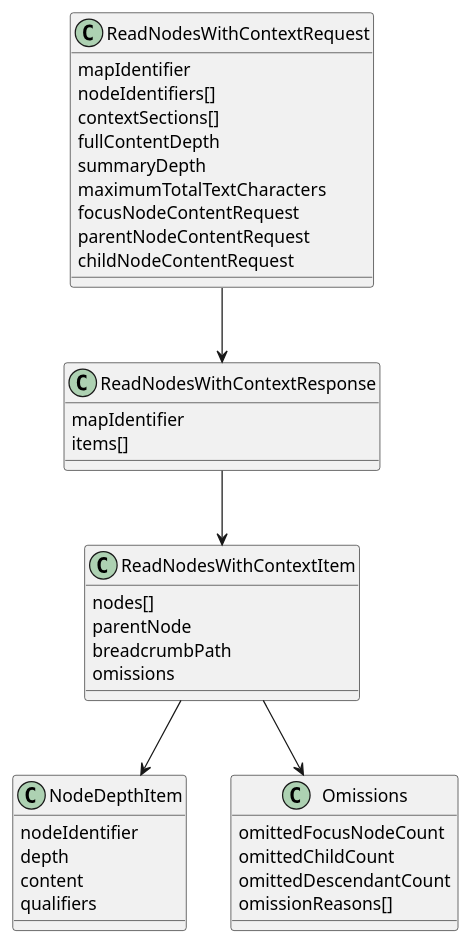
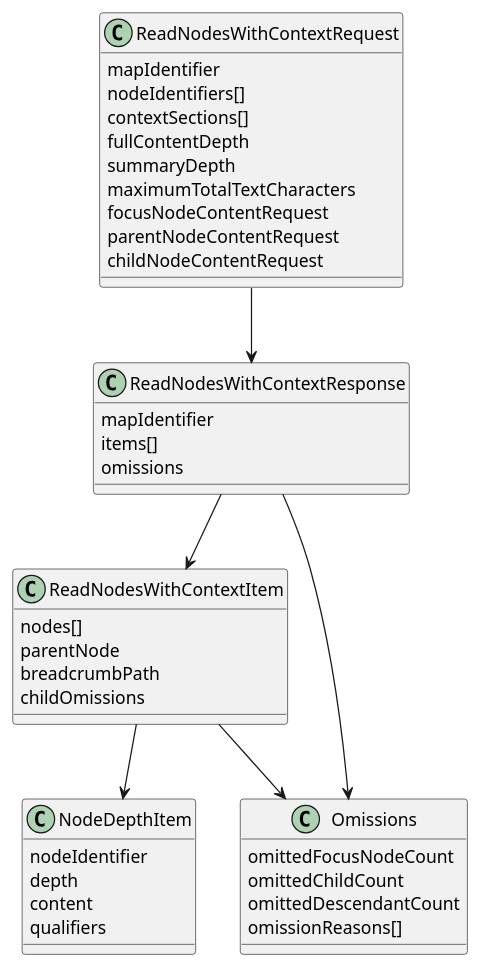
Diagram 11 of 13 in freeplane_plugin_ai/specs/sprints/sprint-002.md (guoranjun2/nexordia), drawn with PlantUML before and after one commit. The commit also changed other lines of this file and 15 other files, not shown here.

````diff
--- a/freeplane_plugin_ai/specs/sprints/sprint-002.md
+++ b/freeplane_plugin_ai/specs/sprints/sprint-002.md
@@ -425,42 +427,44 @@
 ```plantuml
 @startuml
 class ReadNodesWithContextRequest {
   mapIdentifier
   nodeIdentifiers[]
   contextSections[]
   fullContentDepth
   summaryDepth
   maximumTotalTextCharacters
   focusNodeContentRequest
   parentNodeContentRequest
   childNodeContentRequest
 }
 class ReadNodesWithContextResponse {
   mapIdentifier
   items[]
+  omissions
 }
 class ReadNodesWithContextItem {
   nodes[]
   parentNode
   breadcrumbPath
-  omissions
+  childOmissions
 }
 class NodeDepthItem {
   nodeIdentifier
   depth
   content
   qualifiers
 }
 class Omissions {
   omittedFocusNodeCount
   omittedChildCount
   omittedDescendantCount
   omissionReasons[]
 }
 
 ReadNodesWithContextRequest --> ReadNodesWithContextResponse
 ReadNodesWithContextResponse --> ReadNodesWithContextItem
 ReadNodesWithContextItem --> NodeDepthItem
+ReadNodesWithContextResponse --> Omissions
 ReadNodesWithContextItem --> Omissions
 @enduml
 ```
````
